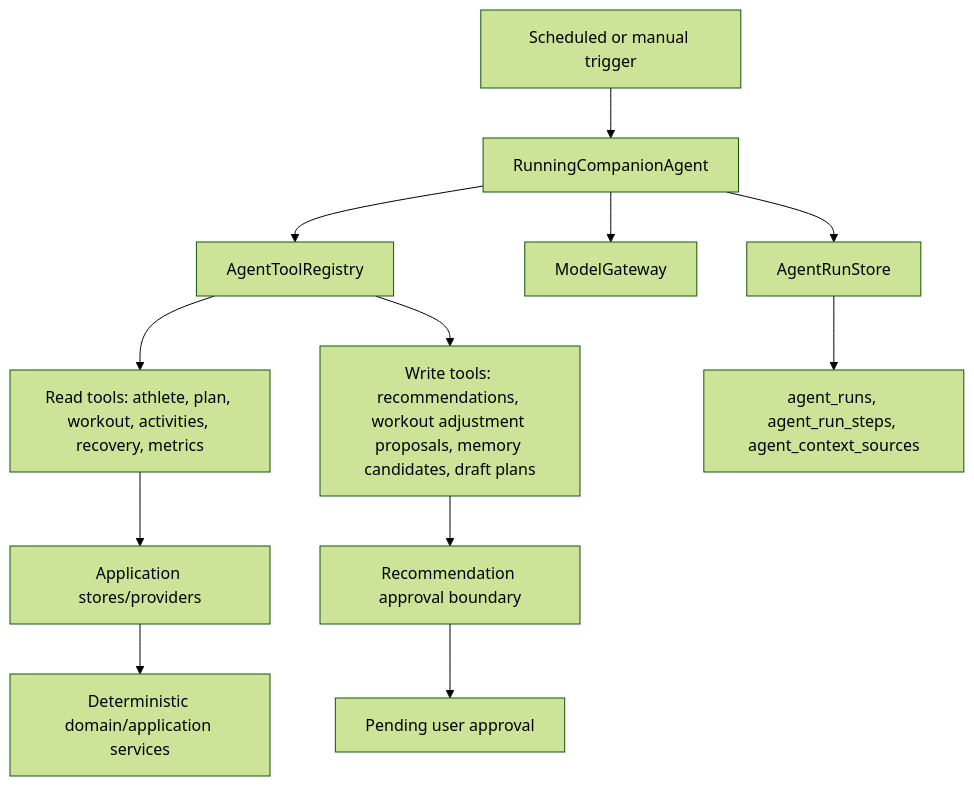
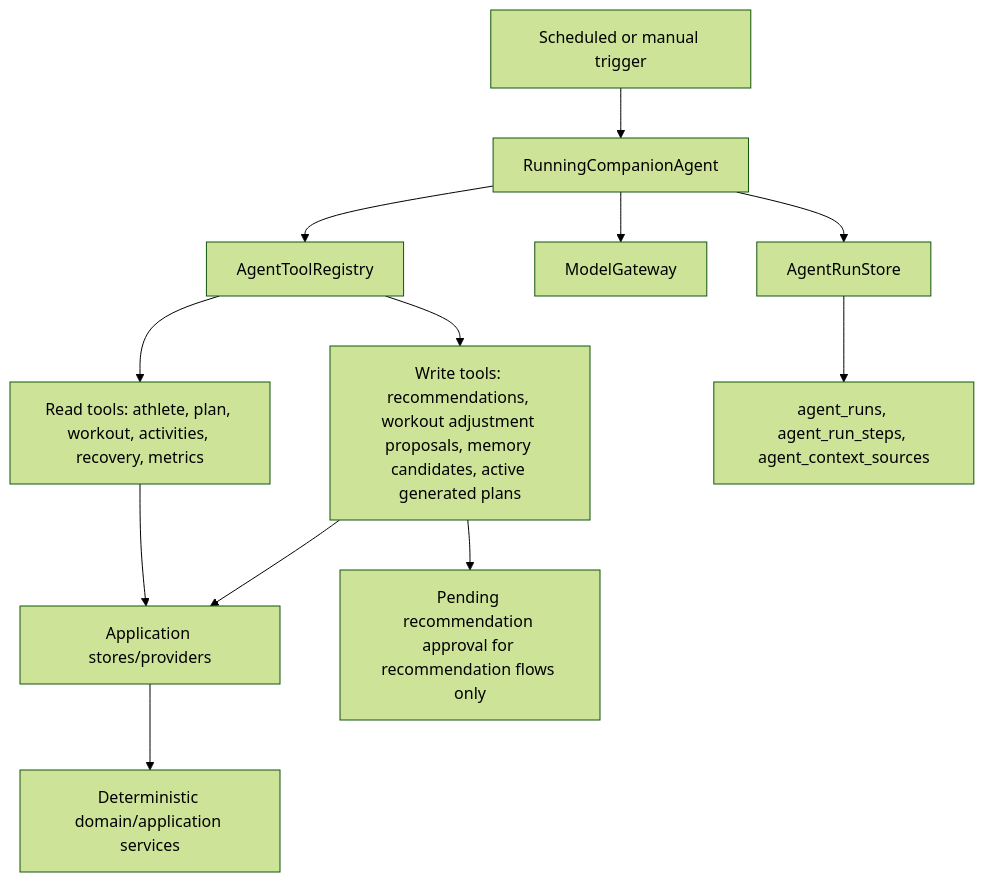
The diagram in docs/agent_runtime_tools.md (samfang9527/Johnny), drawn with Mermaid (forest theme) before and after one commit. The commit also changed other lines of this file and 33 other files, not shown here.

Commit message:
Refactor training plan generation to create active plans

````diff
--- a/docs/agent_runtime_tools.md
+++ b/docs/agent_runtime_tools.md
@@ -5,14 +5,14 @@
 ```mermaid
 flowchart TD
     Trigger["Scheduled or manual trigger"] --> Agent["RunningCompanionAgent"]
     Agent --> RunStore["AgentRunStore"]
     Agent --> Gateway["ModelGateway"]
     Agent --> Registry["AgentToolRegistry"]
     Registry --> ReadTools["Read tools: athlete, plan, workout, activities, recovery, metrics"]
-    Registry --> WriteTools["Write tools: recommendations, workout adjustment proposals, memory candidates, draft plans"]
+    Registry --> WriteTools["Write tools: recommendations, workout adjustment proposals, memory candidates, active generated plans"]
     ReadTools --> Stores["Application stores/providers"]
     Stores --> Domain["Deterministic domain/application services"]
-    WriteTools --> Approval["Recommendation approval boundary"]
+    WriteTools --> Stores
     RunStore --> Observability["agent_runs, agent_run_steps, agent_context_sources"]
-    Approval --> Pending["Pending user approval"]
+    WriteTools --> Pending["Pending recommendation approval for recommendation flows only"]
 ```
````
